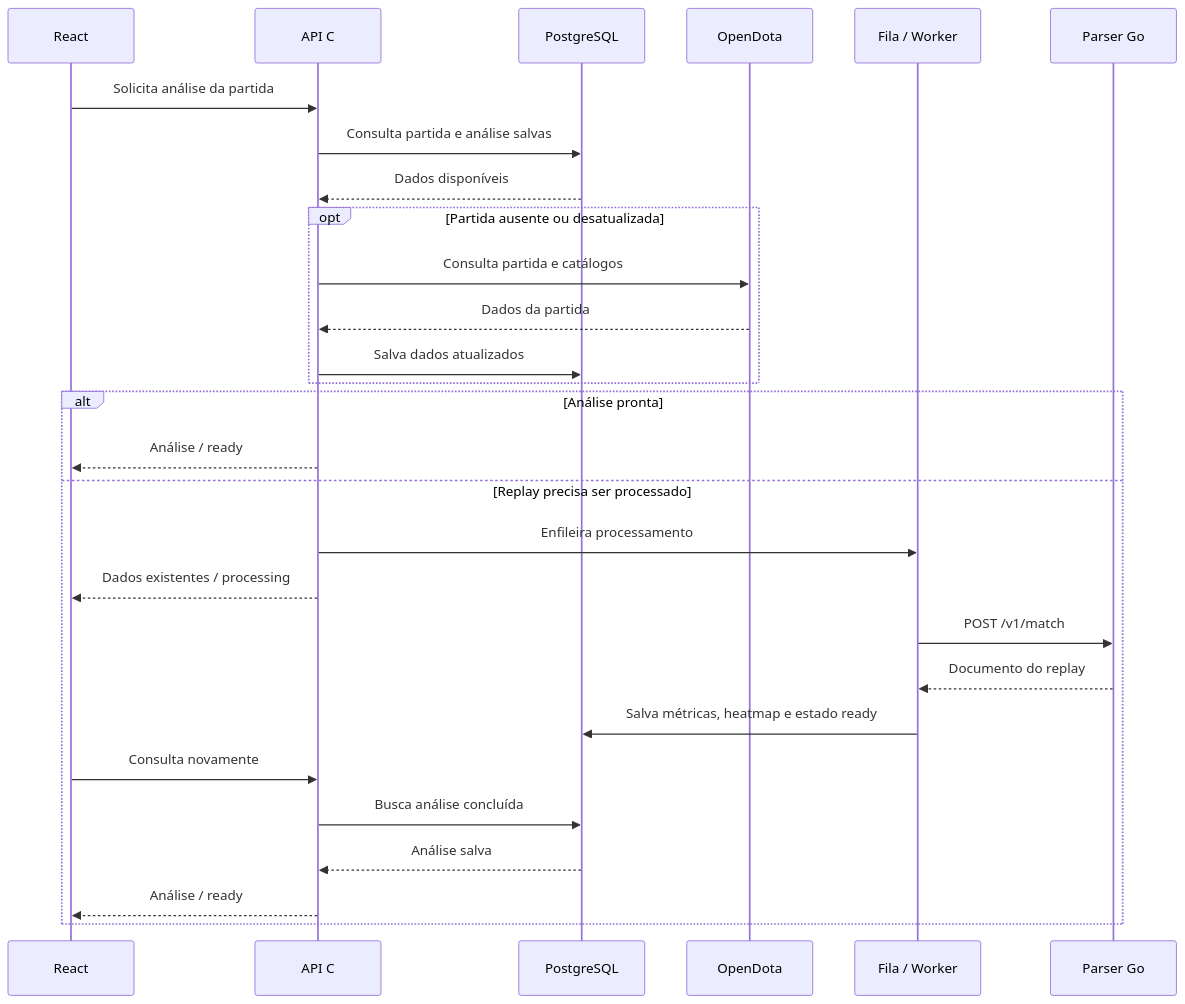
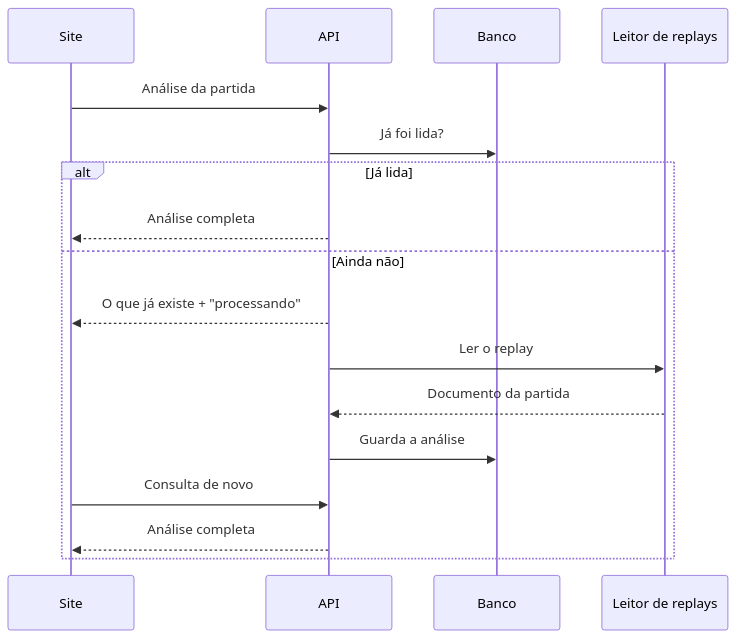
The fourth of 9 diagrams in README.md (andreomorg/dota_analyst), drawn with Mermaid before and after one commit. The commit also changed other lines of this file and 4 other files, not shown here.

````diff
--- a/README.md
+++ b/README.md
@@ -318,30 +69,19 @@
 ```mermaid
 sequenceDiagram
-    participant React
-    participant API as API C#
-    participant DB as PostgreSQL
-    participant OD as OpenDota
-    participant Worker as Fila / Worker
-    participant Parser as Parser Go
-    React->>API: Solicita análise da partida
-    API->>DB: Consulta partida e análise salvas
-    DB-->>API: Dados disponíveis
-    opt Partida ausente ou desatualizada
-        API->>OD: Consulta partida e catálogos
-        OD-->>API: Dados da partida
-        API->>DB: Salva dados atualizados
-    end
-    alt Análise pronta
-        API-->>React: Análise / ready
-    else Replay precisa ser processado
-        API->>Worker: Enfileira processamento
-        API-->>React: Dados existentes / processing
-        Worker->>Parser: POST /v1/match
-        Parser-->>Worker: Documento do replay
-        Worker->>DB: Salva métricas, heatmap e estado ready
-        React->>API: Consulta novamente
-        API->>DB: Busca análise concluída
-        DB-->>API: Análise salva
-        API-->>React: Análise / ready
+    participant Site
+    participant API
+    participant Banco
+    participant Leitor as Leitor de replays
+    Site->>API: Análise da partida
+    API->>Banco: Já foi lida?
+    alt Já lida
+        API-->>Site: Análise completa
+    else Ainda não
+        API-->>Site: O que já existe + "processando"
+        API->>Leitor: Ler o replay
+        Leitor-->>API: Documento da partida
+        API->>Banco: Guarda a análise
+        Site->>API: Consulta de novo
+        API-->>Site: Análise completa
     end
 ```
````
